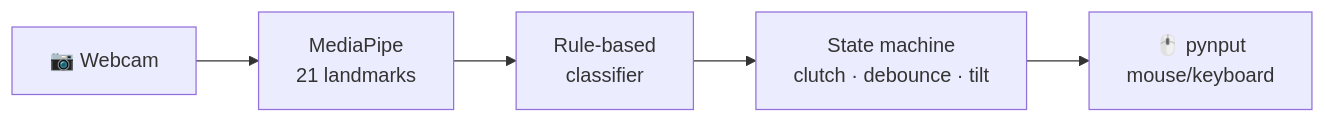
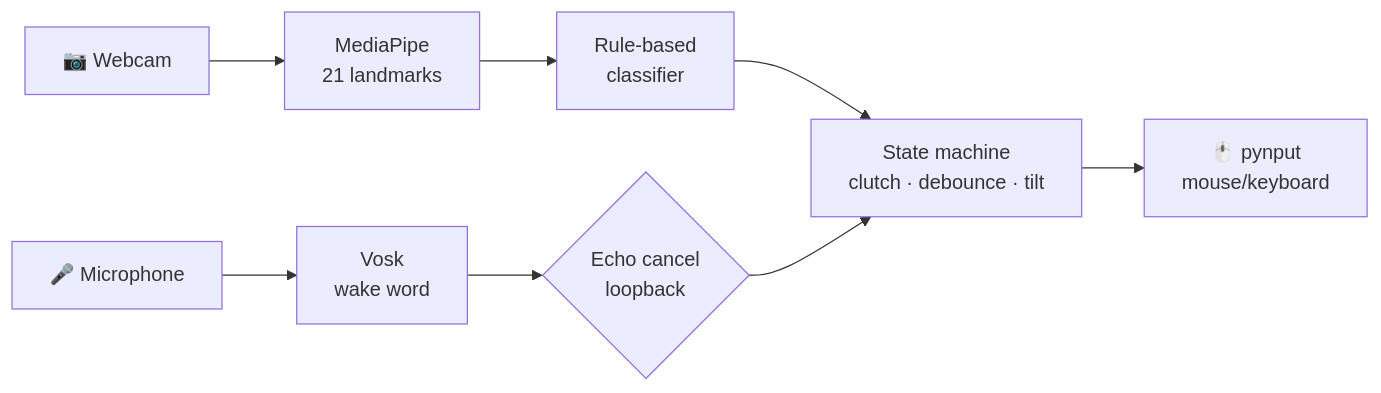
One commit to pilgrimdelamare/MaraMouse changed the diagram in README.en.md. Above: the diagram before and after it, drawn with Mermaid. The commit also changed other lines of this file and 3 other files, not shown here.

````diff
--- a/README.en.md
+++ b/README.en.md
@@ -101,7 +121,10 @@
 ```mermaid
 flowchart LR
     A[📷 Webcam] --> B[MediaPipe<br/>21 landmarks]
     B --> C[Rule-based<br/>classifier]
     C --> D[State machine<br/>clutch · debounce · tilt]
     D --> E[🖱️ pynput<br/>mouse/keyboard]
+    F[🎤 Microphone] --> G[Vosk<br/>wake word]
+    G --> H{Echo cancel<br/>loopback}
+    H --> D
 ```
````
